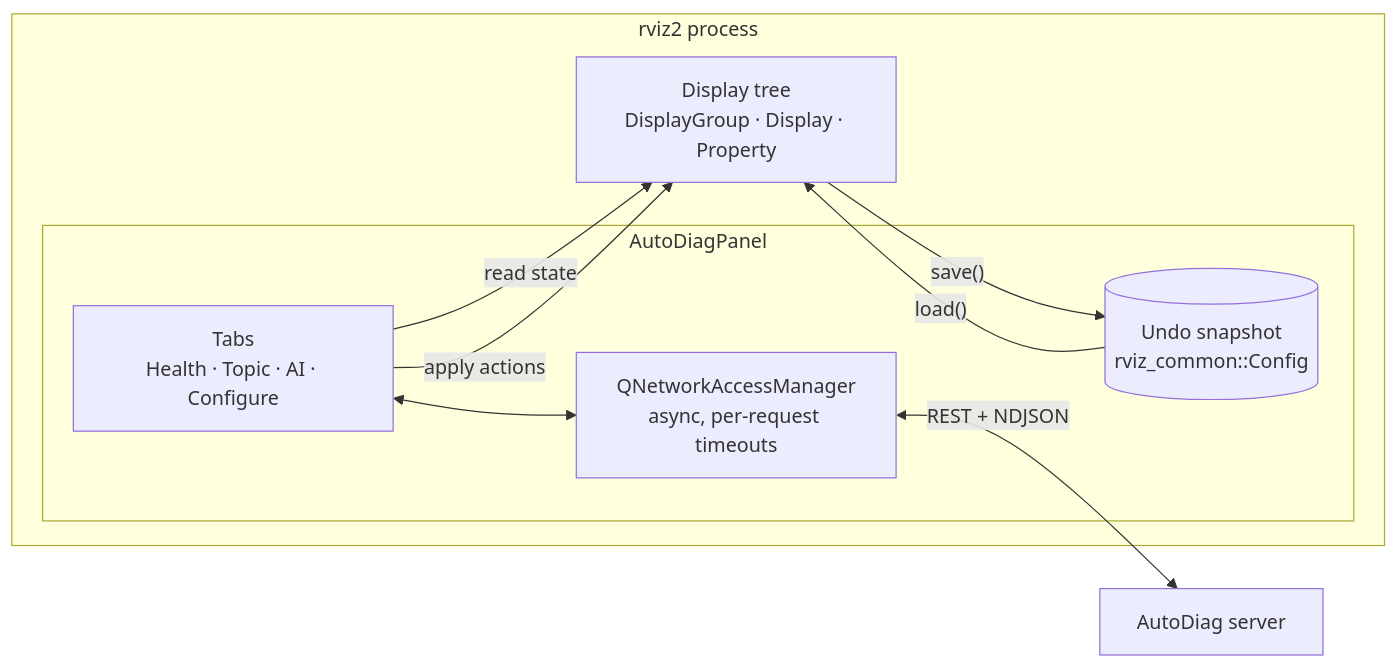
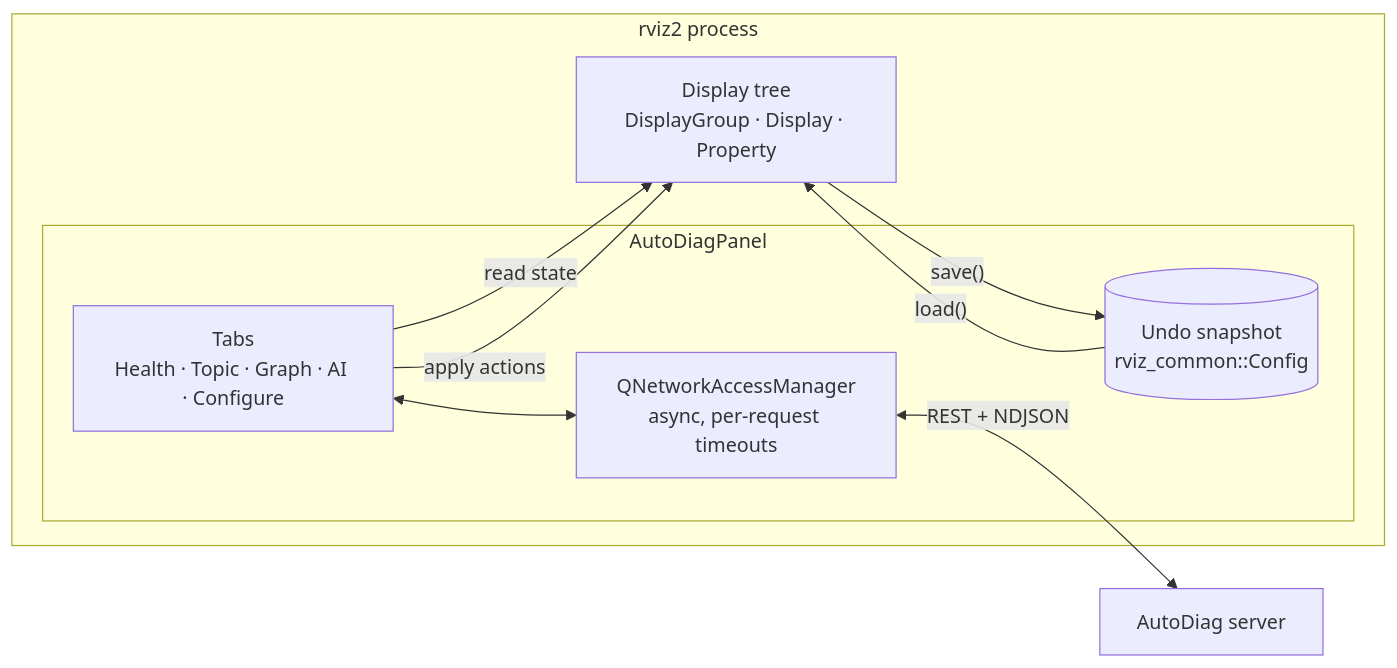
Before and after one commit to Animesh2507/dds-autodiag: the first of 2 diagrams in docs/architecture/components/rviz-panel.md, drawn with Mermaid. The commit also changed other lines of this file and 9 other files, not shown here.

First line of the commit message:
RViz panel: Graph tab with every publisher -> subscriber connection

````diff
--- a/docs/architecture/components/rviz-panel.md
+++ b/docs/architecture/components/rviz-panel.md
@@ -9,18 +9,18 @@
 ```mermaid
 flowchart LR
     subgraph rviz["rviz2 process"]
         dt["Display tree<br/>DisplayGroup · Display · Property"]
         subgraph panel["AutoDiagPanel"]
             net["QNetworkAccessManager<br/>async, per-request timeouts"]
-            tabs["Tabs<br/>Health · Topic · AI · Configure"]
+            tabs["Tabs<br/>Health · Topic · Graph · AI · Configure"]
             undo[("Undo snapshot<br/>rviz_common::Config")]
         end
     end
     server["AutoDiag server"]
     tabs <--> net
     net <-- "REST + NDJSON" --> server
     tabs -- "read state" --> dt
     tabs -- "apply actions" --> dt
     dt -- "save()" --> undo
     undo -- "load()" --> dt
 ```
````
